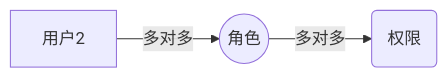
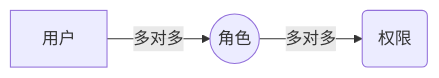
Before and after one commit to gZeyu/note: the diagram in 个人博客/note/RBAC模型的数据库设计.md, drawn with Mermaid. The commit also changed other lines of this file, not shown here.

````diff
--- a/个人博客/note/RBAC模型的数据库设计.md
+++ b/个人博客/note/RBAC模型的数据库设计.md
@@ -5,5 +6,5 @@
 ```mermaid
 graph LR
-U[用户2] --多对多--> R((角色)) 
+U[用户] --多对多--> R((角色)) 
 R((角色)) --多对多--> P(权限)
 ```
````
